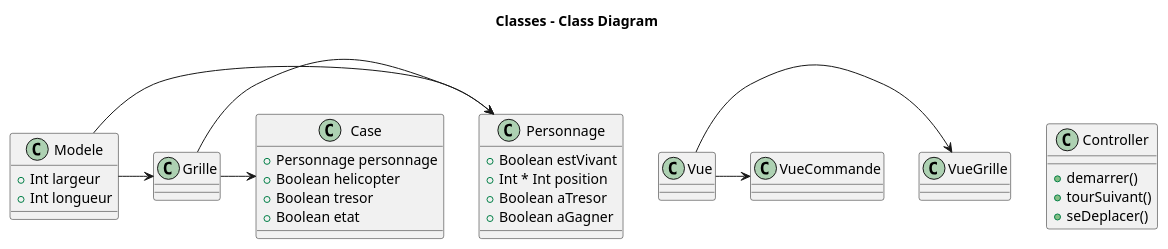
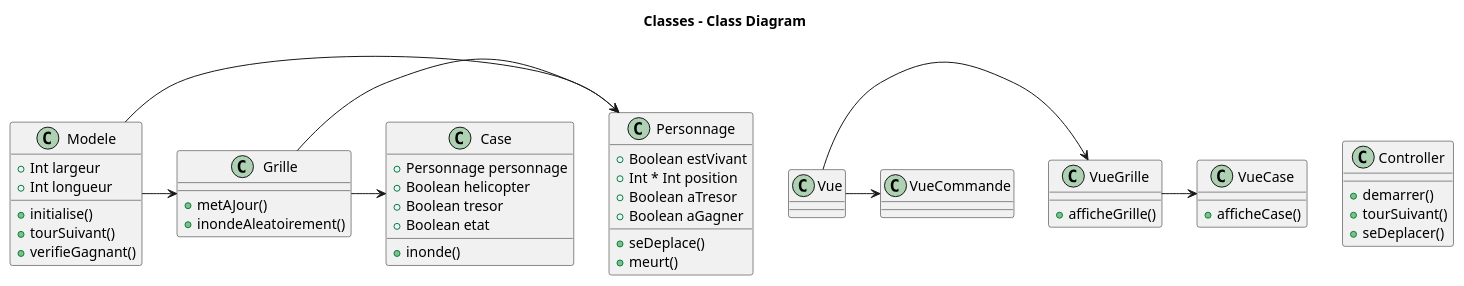
One commit to aumars/projet-pogl changed the diagram in README.md. Above: the diagram before and after it, drawn with PlantUML.

Commit message:
Mets a jour le readme

```diff
--- a/README.md
+++ b/README.md
@@ -1,46 +1,62 @@
 @startuml
 
 title Classes - Class Diagram
 
 
 class Modele {
   +Int largeur
   +Int longueur
+  +initialise()
+  +tourSuivant()
+  +verifieGagnant()
 }
 
-class Grille {}
+class Grille {
+  +metAJour()
+  +inondeAleatoirement()
+}
 
 class Personnage {
   +Boolean estVivant
   +Int * Int position
   +Boolean aTresor
   +Boolean aGagner
+  +seDeplace()
+  +meurt()
 }
 
 class Case{
   +Personnage personnage
   +Boolean helicopter
   +Boolean tresor
   +Boolean etat
+  +inonde()
 }
 
 class Controller{
   +demarrer()
   +tourSuivant()
   +seDeplacer()
 }
 
 class Vue{}
-class VueGrille{}
+class VueGrille{
+  +afficheGrille()
+  
+}
+class VueCase{
+  +afficheCase()
+}
 class VueCommande{}
 
 Modele -> Grille
 Modele -> Personnage
 Grille -> Case
 Grille -> Personnage
 
 Vue -> VueGrille
+VueGrille -> VueCase
 Vue -> VueCommande
 
 
 @enduml
```
